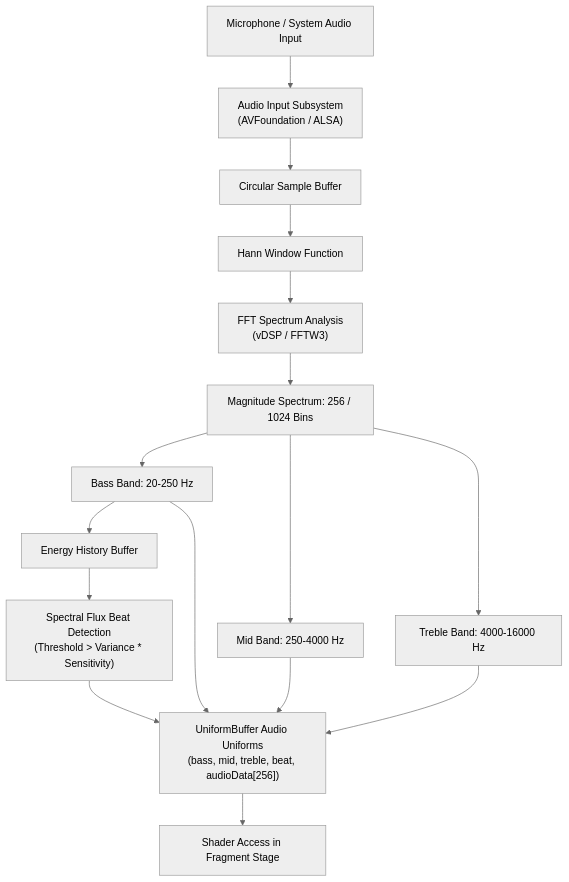
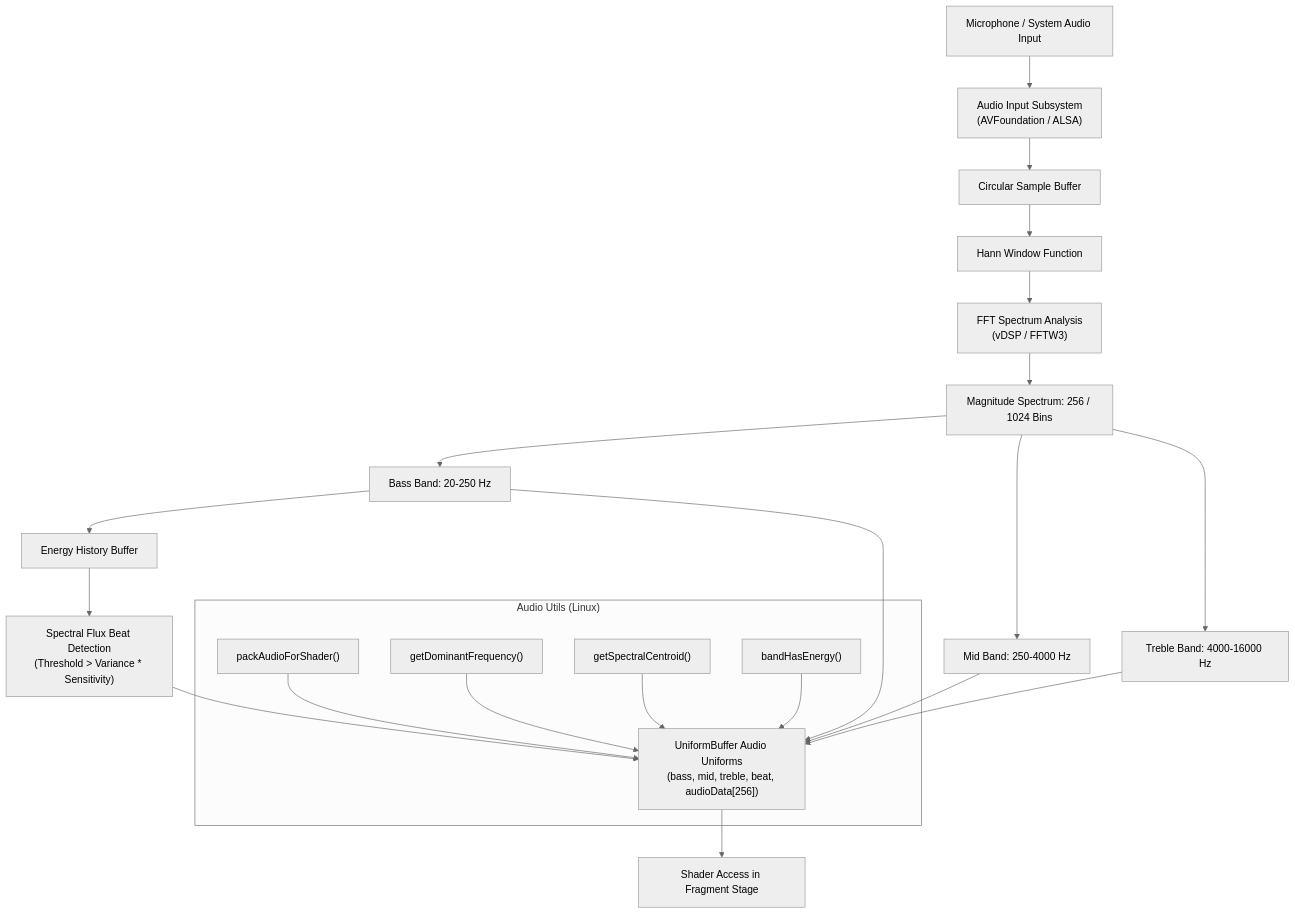
Before and after one commit to 23skdu/ShaderCandy: the sixth of 12 diagrams in docs/ArchitectureDiagrams.md, drawn with Mermaid (neutral theme). The commit also changed other lines of this file and 11 other files, not shown here.

````diff
--- a/docs/ArchitectureDiagrams.md
+++ b/docs/ArchitectureDiagrams.md
@@ -140,18 +177,25 @@
 ```mermaid
 flowchart TD
     A[Microphone / System Audio Input] --> B["Audio Input Subsystem\n(AVFoundation / ALSA)"]
     B --> C[Circular Sample Buffer]
     C --> D[Hann Window Function]
     D --> E["FFT Spectrum Analysis\n(vDSP / FFTW3)"]
     E --> F[Magnitude Spectrum: 256 / 1024 Bins]
 
     F --> G[Bass Band: 20-250 Hz]
     F --> H[Mid Band: 250-4000 Hz]
     F --> I[Treble Band: 4000-16000 Hz]
 
     G --> J[Energy History Buffer]
     J --> K["Spectral Flux Beat Detection\n(Threshold > Variance * Sensitivity)"]
 
     G & H & I & K --> U["UniformBuffer Audio Uniforms\n(bass, mid, treble, beat, audioData[256])"]
     U --> S[Shader Access in Fragment Stage]
+
+    subgraph "Audio Utils (Linux)"
+        AU["packAudioForShader()"] --> U
+        AU2["getDominantFrequency()"] --> U
+        AU3["getSpectralCentroid()"] --> U
+        AU4["bandHasEnergy()"] --> U
+    end
 ```
````
